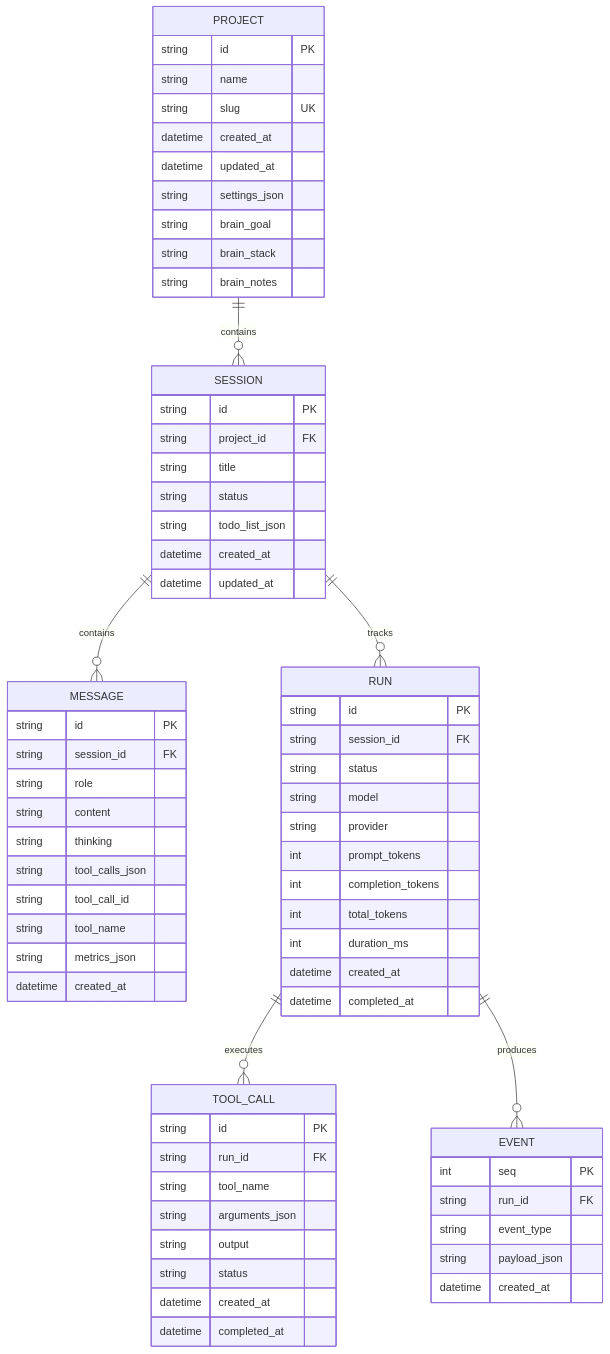
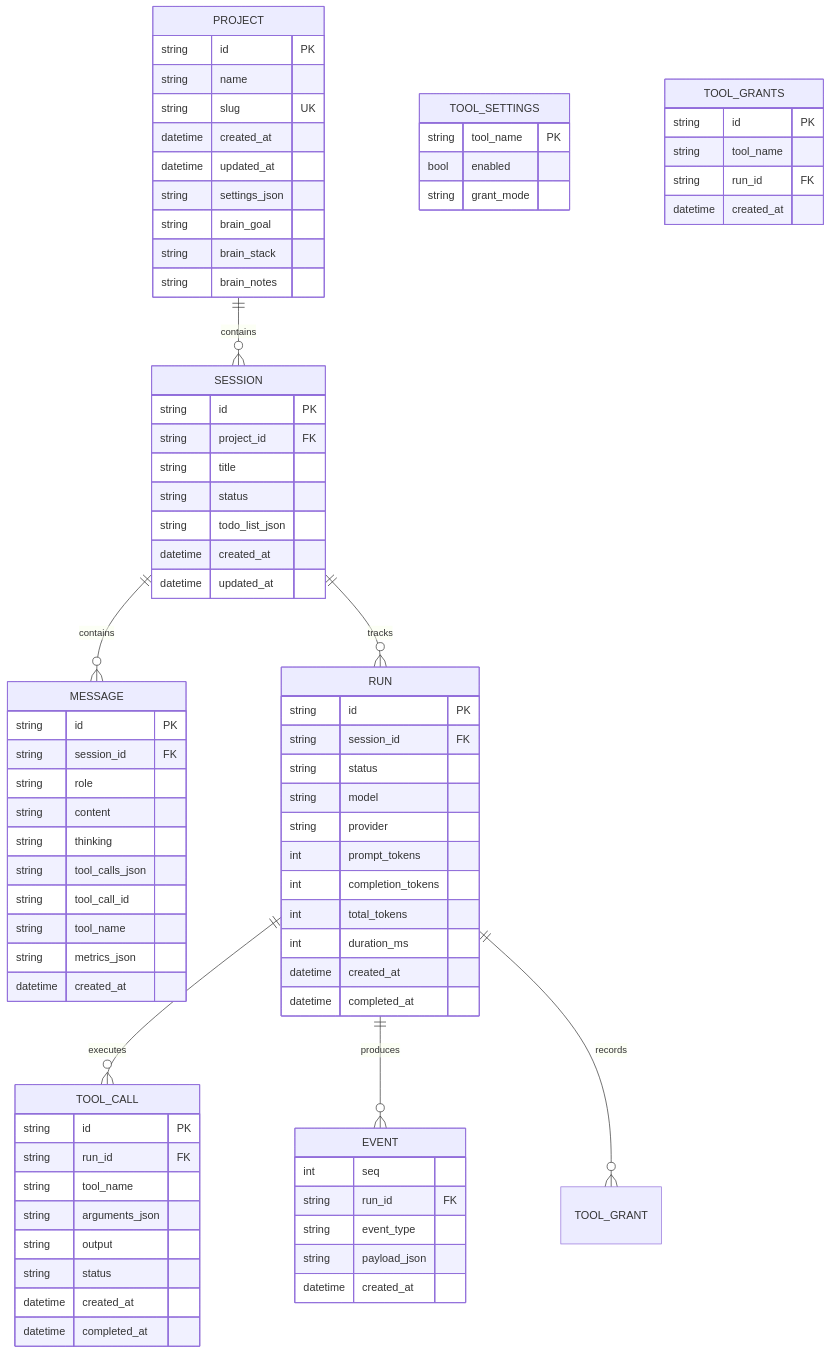
The diagram in docs/architecture/data-and-storage.md (Niccher/Chege-Agent), drawn with Mermaid before and after one commit. The commit also changed other lines of this file and 72 other files, not shown here.

````diff
--- a/docs/architecture/data-and-storage.md
+++ b/docs/architecture/data-and-storage.md
@@ -15,6 +15,7 @@
     SESSION ||--o{ RUN : tracks
     RUN ||--o{ TOOL_CALL : executes
     RUN ||--o{ EVENT : produces
+    RUN ||--o{ TOOL_GRANT : records
 
     PROJECT {
         string id PK
@@ -77,10 +78,23 @@
     }
 
     EVENT {
-        int seq PK
+        int seq
         string run_id FK
         string event_type
         string payload_json
         datetime created_at
     }
+
+    TOOL_SETTINGS {
+        string tool_name PK
+        bool enabled
+        string grant_mode
+    }
+
+    TOOL_GRANTS {
+        string id PK
+        string tool_name
+        string run_id FK
+        datetime created_at
+    }
 ```
````
